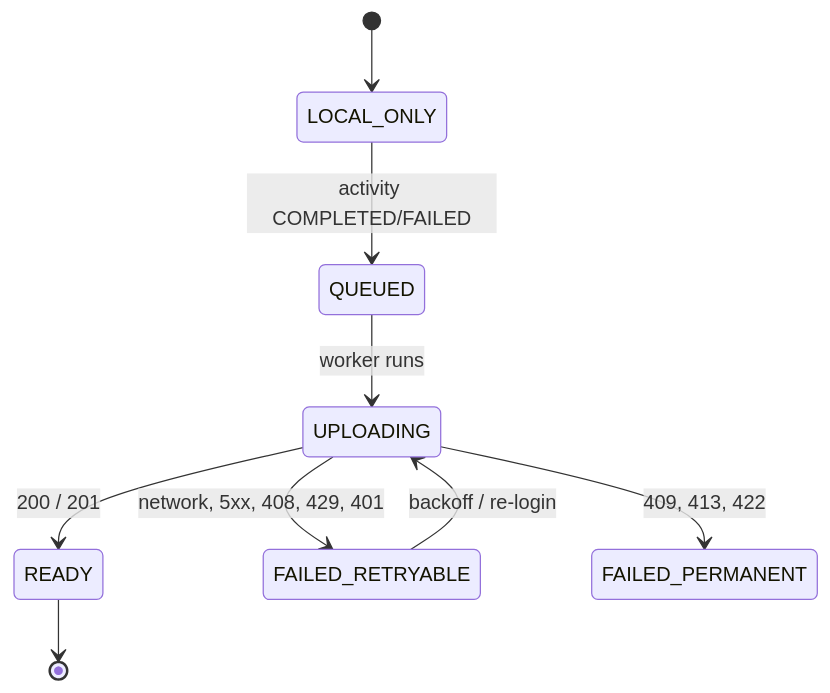
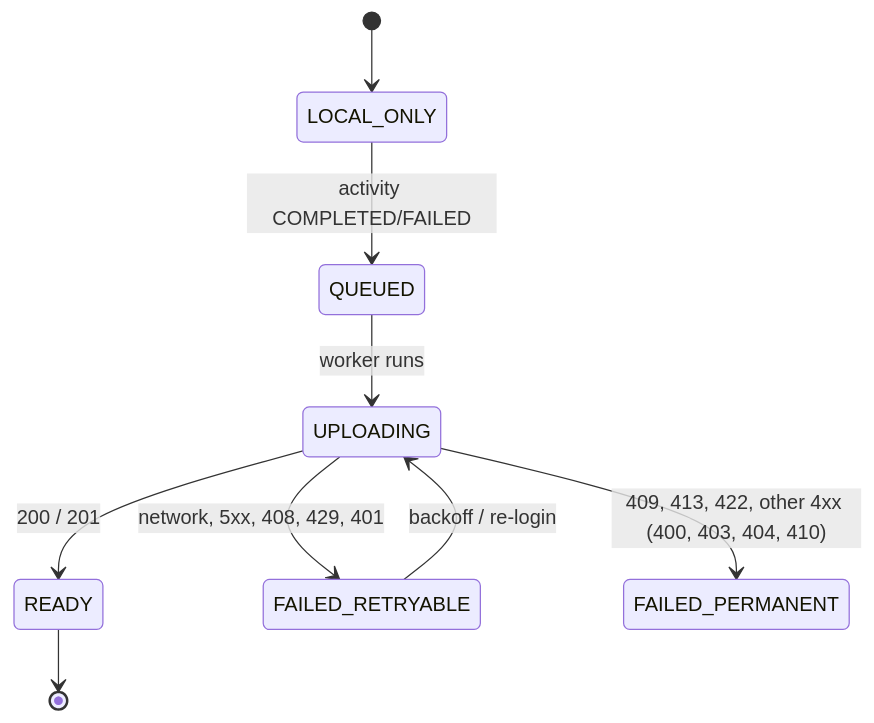
Before and after one commit to AlessioBrillo/averyn: the diagram in docs/design/TDD-0002-activity-sync.md, drawn with Mermaid. The commit also changed other lines of this file and 17 other files, not shown here.

````diff
--- a/docs/design/TDD-0002-activity-sync.md
+++ b/docs/design/TDD-0002-activity-sync.md
@@ -73,11 +76,11 @@
 ```mermaid
 stateDiagram-v2
   [*] --> LOCAL_ONLY
   LOCAL_ONLY --> QUEUED: activity COMPLETED/FAILED
   QUEUED --> UPLOADING: worker runs
   UPLOADING --> READY: 200 / 201
   UPLOADING --> FAILED_RETRYABLE: network, 5xx, 408, 429, 401
-  UPLOADING --> FAILED_PERMANENT: 409, 413, 422
+  UPLOADING --> FAILED_PERMANENT: 409, 413, 422, other 4xx (400, 403, 404, 410)
   FAILED_RETRYABLE --> UPLOADING: backoff / re-login
   READY --> [*]
 ```
````
